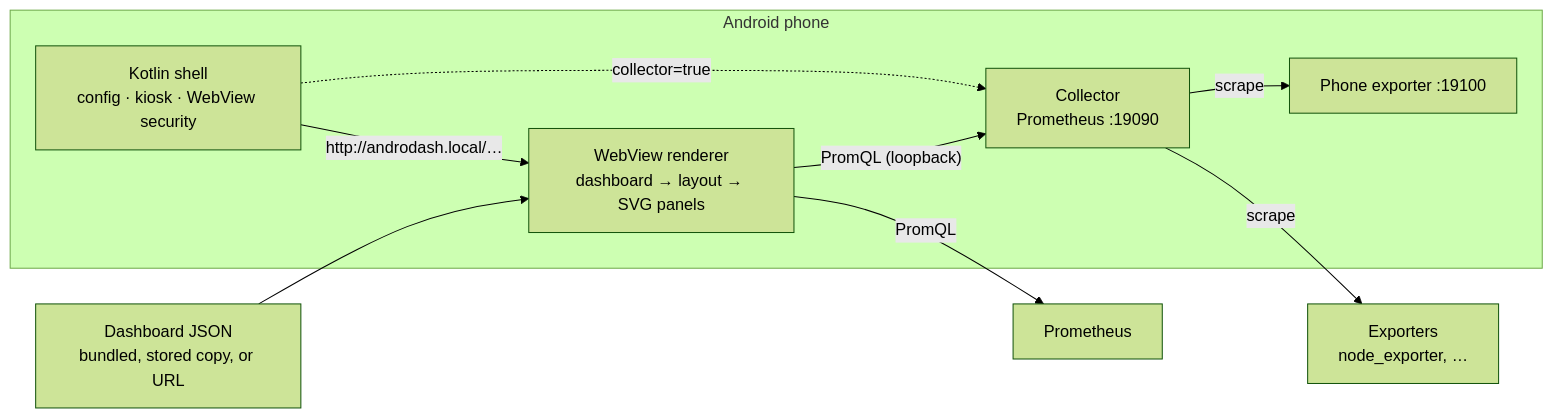
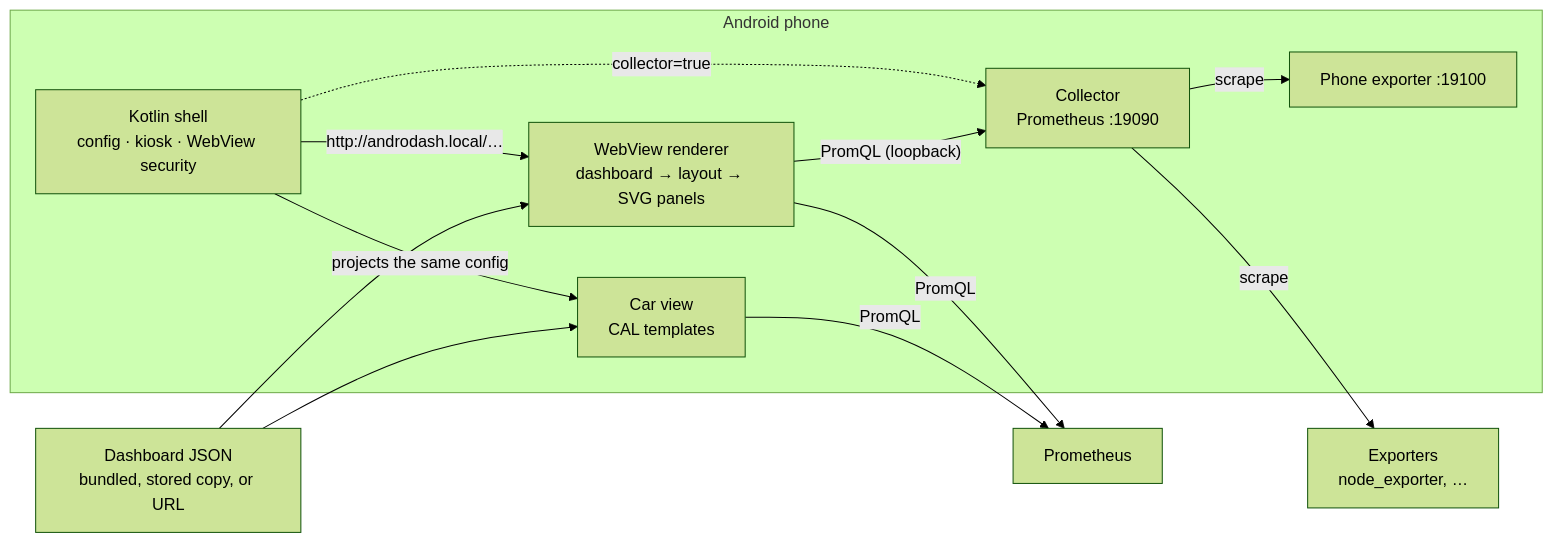
Before and after one commit to mbicz/androdash: the diagram in README.md, drawn with Mermaid (forest theme). The commit also changed other lines of this file and 3 other files, not shown here.

````diff
--- a/README.md
+++ b/README.md
@@ -70,16 +99,20 @@
 ```mermaid
 flowchart LR
   subgraph Phone["Android phone"]
     Shell["Kotlin shell<br/>config · kiosk · WebView security"]
     Renderer["WebView renderer<br/>dashboard → layout → SVG panels"]
     Collector["Collector<br/>Prometheus :19090"]
     Exporter["Phone exporter :19100"]
+    Car["Car view<br/>CAL templates"]
     Shell -- "http://androdash.local/…" --> Renderer
     Shell -. "collector=true" .-> Collector
     Collector -- scrape --> Exporter
+    Shell -- "projects the same config" --> Car
   end
   Dash["Dashboard JSON<br/>bundled, stored copy, or URL"] --> Renderer
+  Dash --> Car
   Renderer -- PromQL --> Prom["Prometheus"]
   Renderer -- "PromQL (loopback)" --> Collector
+  Car -- PromQL --> Prom
   Collector -- scrape --> Exp["Exporters<br/>node_exporter, …"]
 ```
````
